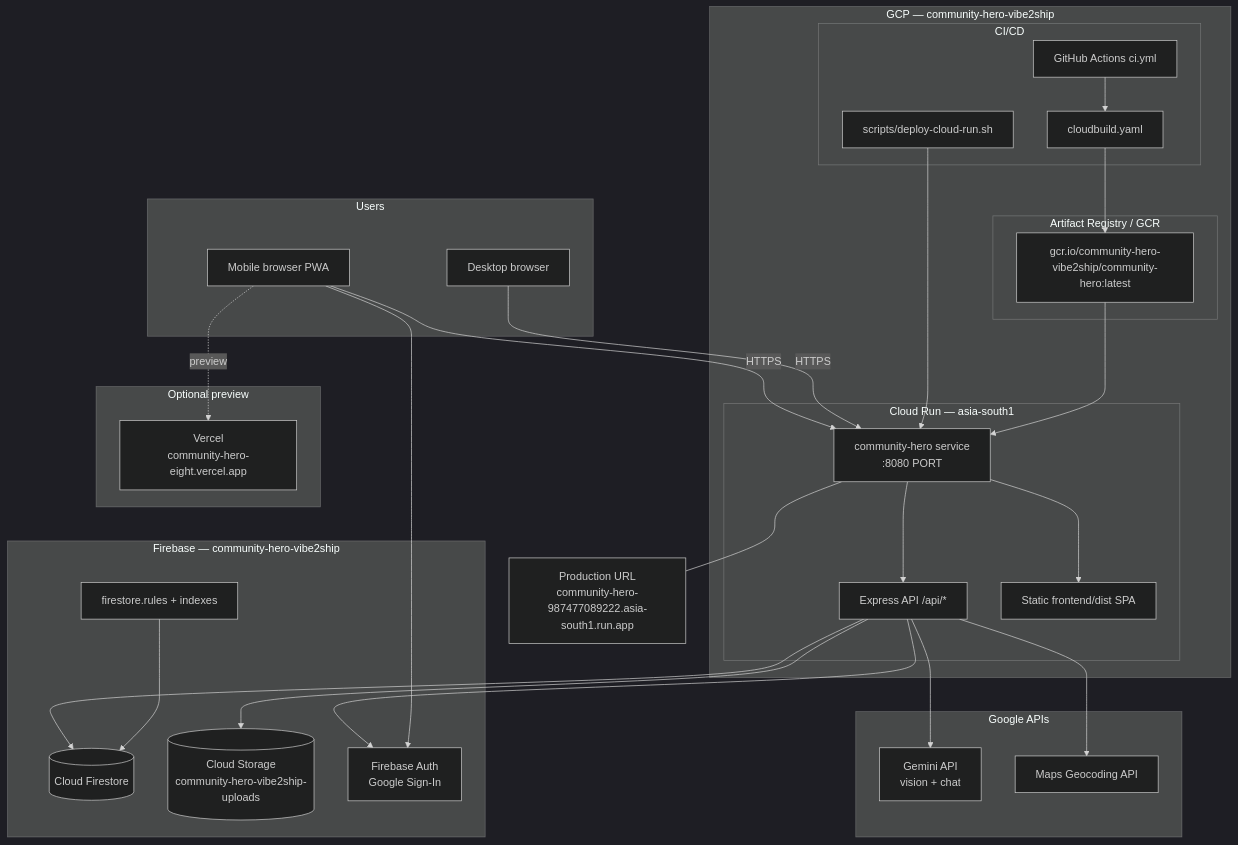
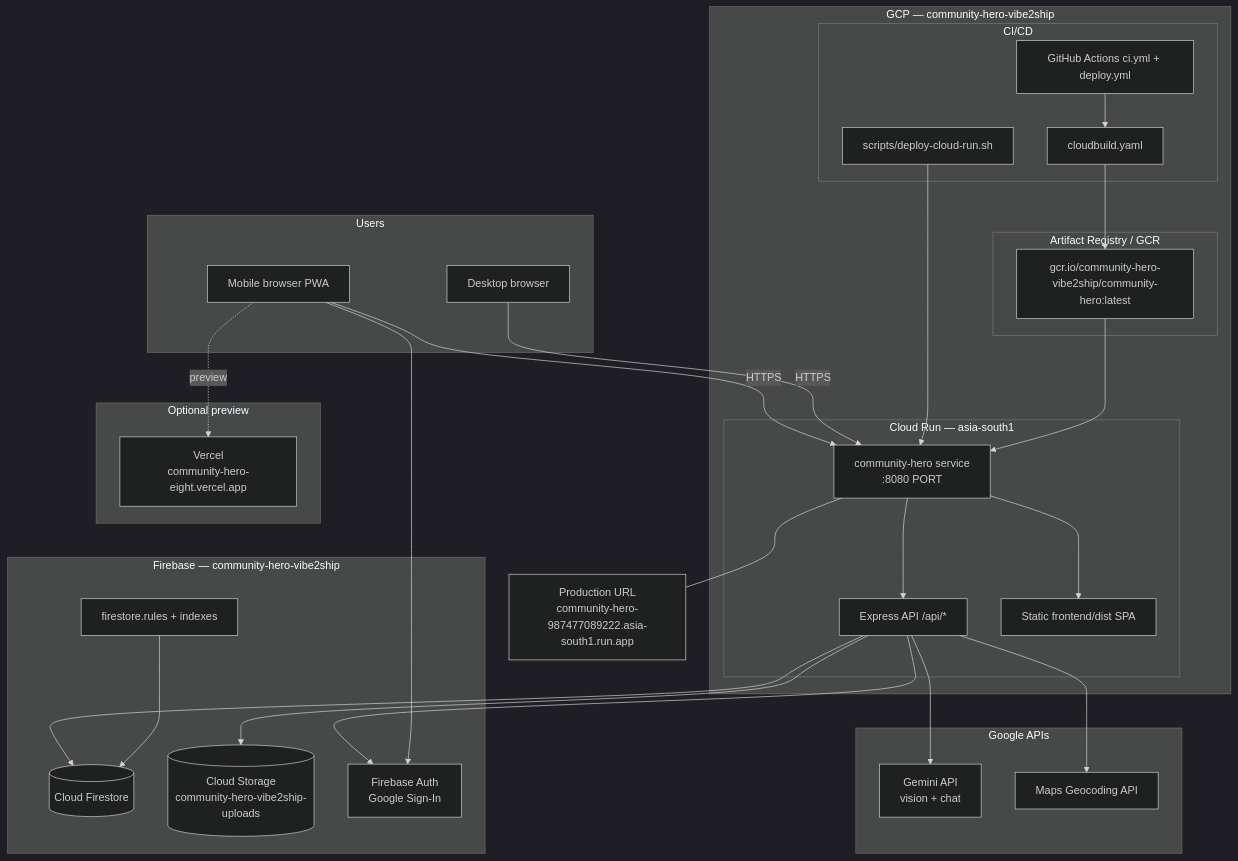
Before and after one commit to Ojas-Srivastava05/community-hero: the diagram in docs/diagrams/mermaid/12-deployment-topology.mmd, drawn with Mermaid (dark theme). The commit also changed 88 other files, not shown here.

```diff
--- a/docs/diagrams/mermaid/12-deployment-topology.mmd
+++ b/docs/diagrams/mermaid/12-deployment-topology.mmd
@@ -1,60 +1,60 @@
 flowchart TB
   subgraph users["Users"]
     MOBILE[Mobile browser PWA]
     DESKTOP[Desktop browser]
   end
 
   subgraph gcp["GCP — community-hero-vibe2ship"]
     subgraph run["Cloud Run — asia-south1"]
       CR[community-hero service<br/>:8080 PORT]
       CR --> API[Express API /api/*]
       CR --> SPA[Static frontend/dist SPA]
     end
 
     subgraph artifact["Artifact Registry / GCR"]
       IMG[gcr.io/community-hero-vibe2ship/community-hero:latest]
     end
 
     subgraph build["CI/CD"]
-      GH[GitHub Actions ci.yml]
+      GH[GitHub Actions ci.yml + deploy.yml]
       CB[cloudbuild.yaml]
       DEPLOY[scripts/deploy-cloud-run.sh]
     end
   end
 
   subgraph firebase["Firebase — community-hero-vibe2ship"]
     FS[(Cloud Firestore)]
     ST[(Cloud Storage<br/>community-hero-vibe2ship-uploads)]
     FAUTH[Firebase Auth<br/>Google Sign-In]
     RULES[firestore.rules + indexes]
   end
 
   subgraph google["Google APIs"]
     GEMINI[Gemini API<br/>vision + chat]
     MAPS[Maps Geocoding API]
   end
 
   subgraph preview["Optional preview"]
     VERCEL[Vercel<br/>community-hero-eight.vercel.app]
   end
 
   MOBILE -->|HTTPS| CR
   DESKTOP -->|HTTPS| CR
   MOBILE -.->|preview| VERCEL
 
   GH --> CB
   CB --> IMG
   DEPLOY --> CR
   IMG --> CR
 
   API --> FS
   API --> ST
   API --> FAUTH
   API --> GEMINI
   API --> MAPS
   MOBILE --> FAUTH
   RULES --> FS
 
   CR_URL["Production URL<br/>community-hero-987477089222.asia-south1.run.app"]
 
   CR --- CR_URL
```
